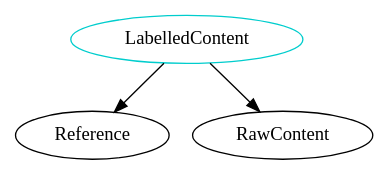
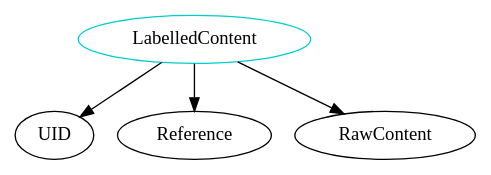
The diagram in analysis/TypeDependencyGraphs/lang/LabelledContent.dot (JacquesCarette/Drasil), drawn with Graphviz before and after one commit. The commit also changed 692 other files, not shown here.

```diff
--- a/analysis/TypeDependencyGraphs/lang/LabelledContent.dot
+++ b/analysis/TypeDependencyGraphs/lang/LabelledContent.dot
@@ -1,5 +1,6 @@
 digraph labelledcontent{
 LabelledContent	[shape=oval, color=cyan3, label="LabelledContent"];
+LabelledContent -> UID;
 LabelledContent -> Reference;
 LabelledContent -> RawContent;
 }
```
